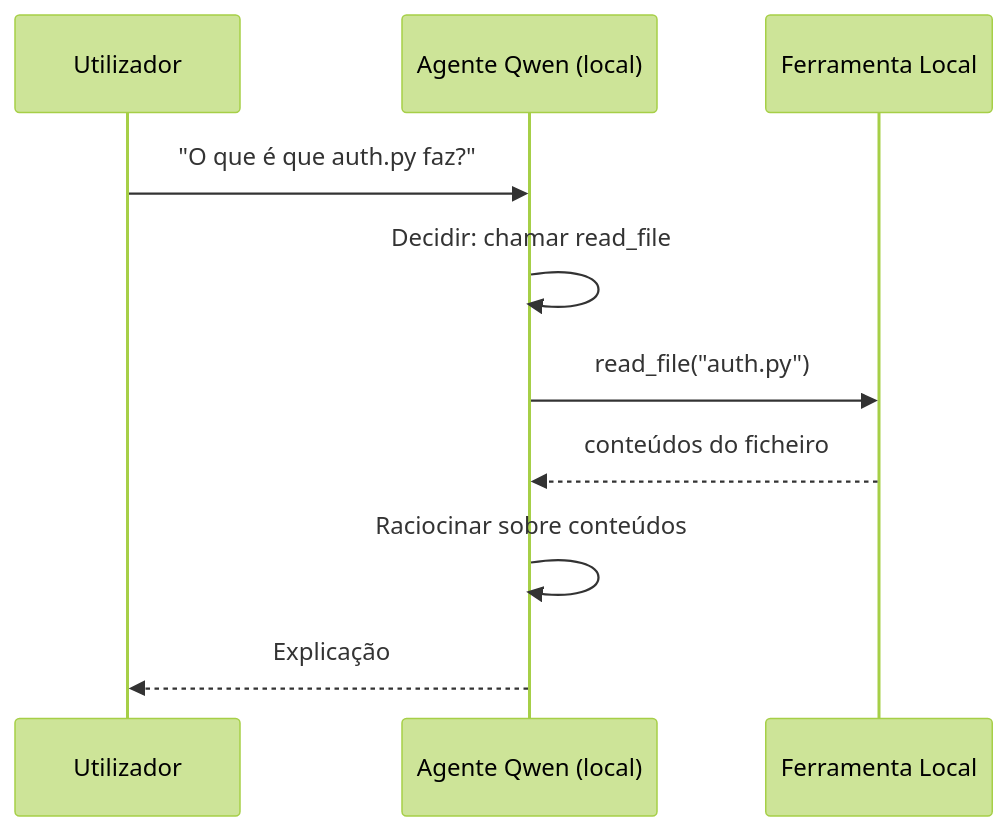
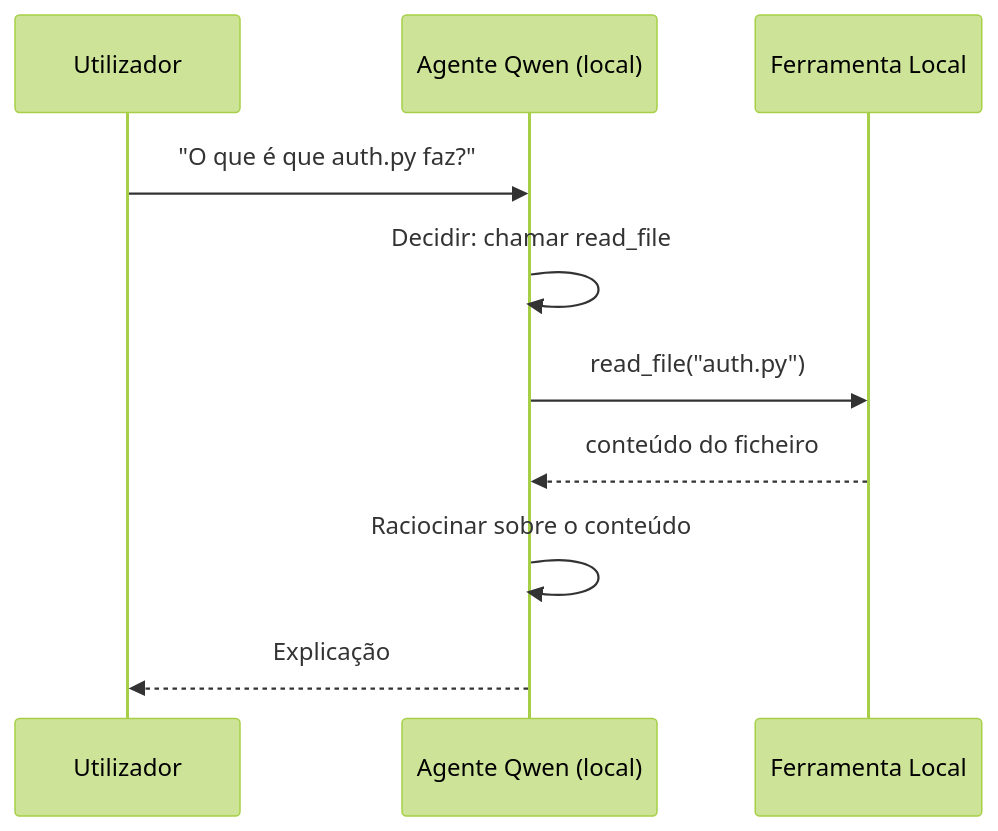
Before and after one commit to microsoft/ai-agents-for-beginners: the second of 4 diagrams in translations/pt-PT/17-creating-local-ai-agents/README.md, drawn with Mermaid (forest theme). The commit also changed other lines of this file and 46 other files, not shown here.

````diff
--- a/translations/pt-PT/17-creating-local-ai-agents/README.md
+++ b/translations/pt-PT/17-creating-local-ai-agents/README.md
@@ -106,12 +106,12 @@
 ```mermaid
 sequenceDiagram
     participant U as Utilizador
     participant A as Agente Qwen (local)
     participant T as Ferramenta Local
     U->>A: "O que é que auth.py faz?"
     A->>A: Decidir: chamar read_file
     A->>T: read_file("auth.py")
-    T-->>A: conteúdos do ficheiro
-    A->>A: Raciocinar sobre conteúdos
+    T-->>A: conteúdo do ficheiro
+    A->>A: Raciocinar sobre o conteúdo
     A-->>U: Explicação
 ```
````
